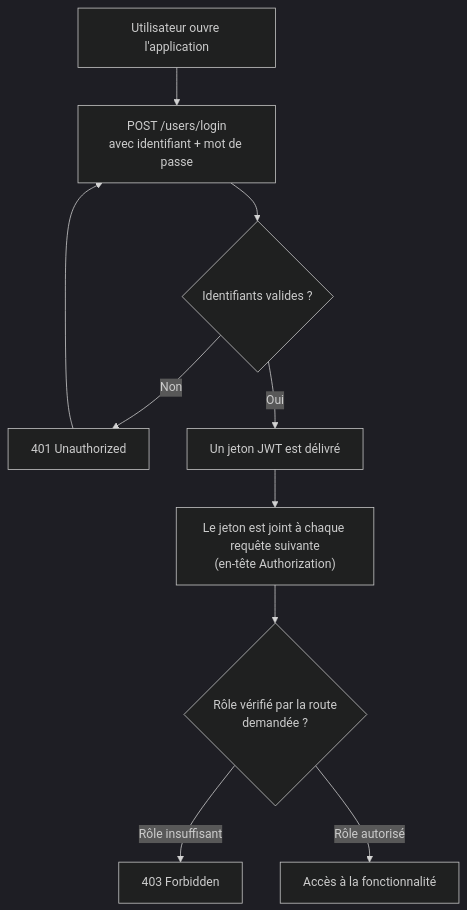
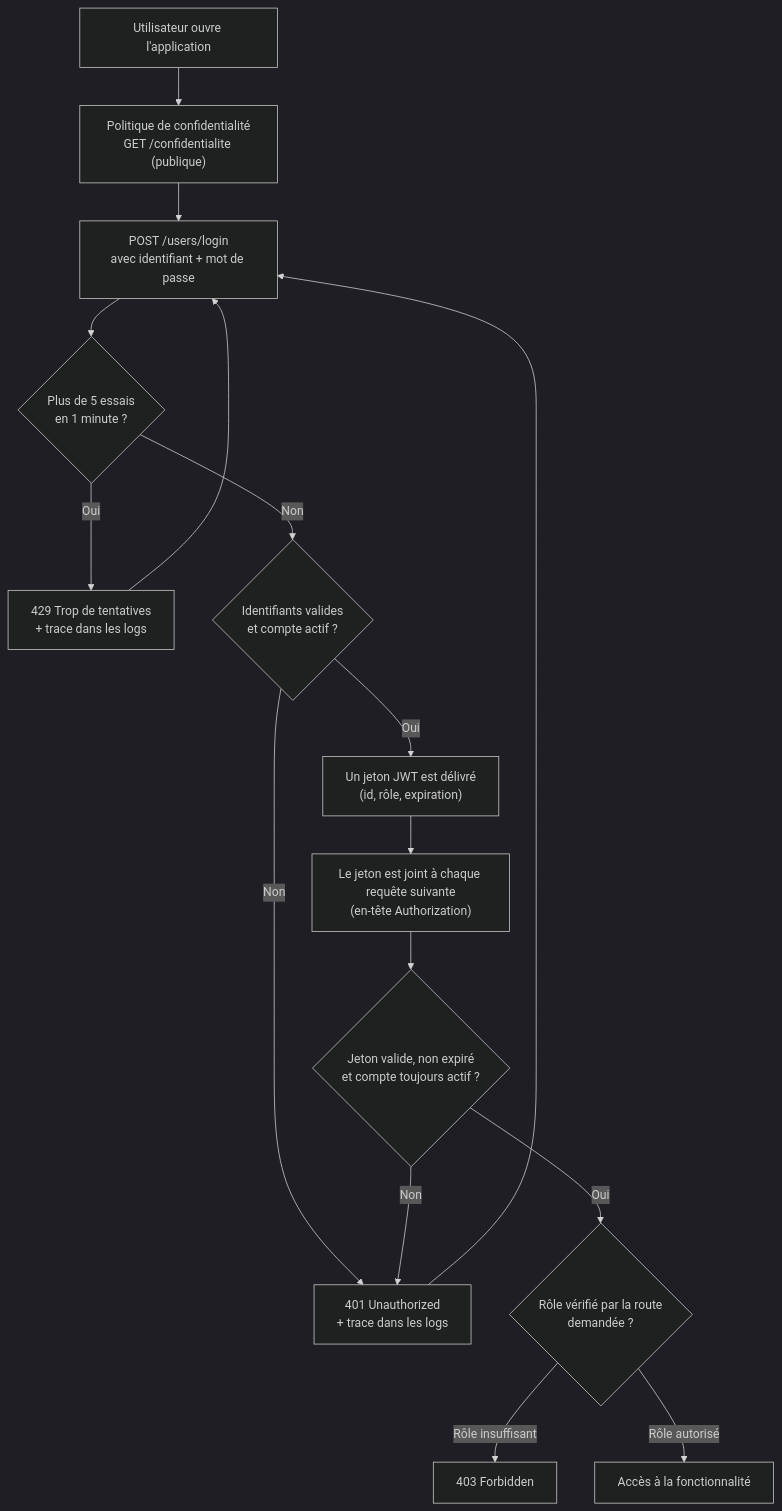
Before and after one commit to benjaminpillard/APIwacdo: the first of 7 diagrams in docs/Schemas_fonctionnels_APIwacdo.md, drawn with Mermaid (dark theme). The commit also changed other lines of this file and 3 other files, not shown here.

````diff
--- a/docs/Schemas_fonctionnels_APIwacdo.md
+++ b/docs/Schemas_fonctionnels_APIwacdo.md
@@ -7,12 +7,18 @@
 ```mermaid
 flowchart TD
-    A[Utilisateur ouvre l'application] --> B["POST /users/login\navec identifiant + mot de passe"]
-    B --> C{Identifiants valides ?}
-    C -- Non --> D[401 Unauthorized]
+    A[Utilisateur ouvre l'application] --> P["Politique de confidentialité\nGET /confidentialite (publique)"]
+    P --> B["POST /users/login\navec identifiant + mot de passe"]
+    B --> R{Plus de 5 essais\nen 1 minute ?}
+    R -- Oui --> S[429 Trop de tentatives\n+ trace dans les logs]
+    S --> B
+    R -- Non --> C{Identifiants valides\net compte actif ?}
+    C -- Non --> D[401 Unauthorized\n+ trace dans les logs]
     D --> B
-    C -- Oui --> E[Un jeton JWT est délivré]
+    C -- Oui --> E["Un jeton JWT est délivré\n(id, rôle, expiration)"]
     E --> F["Le jeton est joint à chaque requête suivante\n(en-tête Authorization)"]
-    F --> G{Rôle vérifié par la route\ndemandée ?}
+    F --> T{Jeton valide, non expiré\net compte toujours actif ?}
+    T -- Non --> D
+    T -- Oui --> G{Rôle vérifié par la route\ndemandée ?}
     G -- Rôle insuffisant --> H[403 Forbidden]
     G -- Rôle autorisé --> I[Accès à la fonctionnalité]
 ```
````
